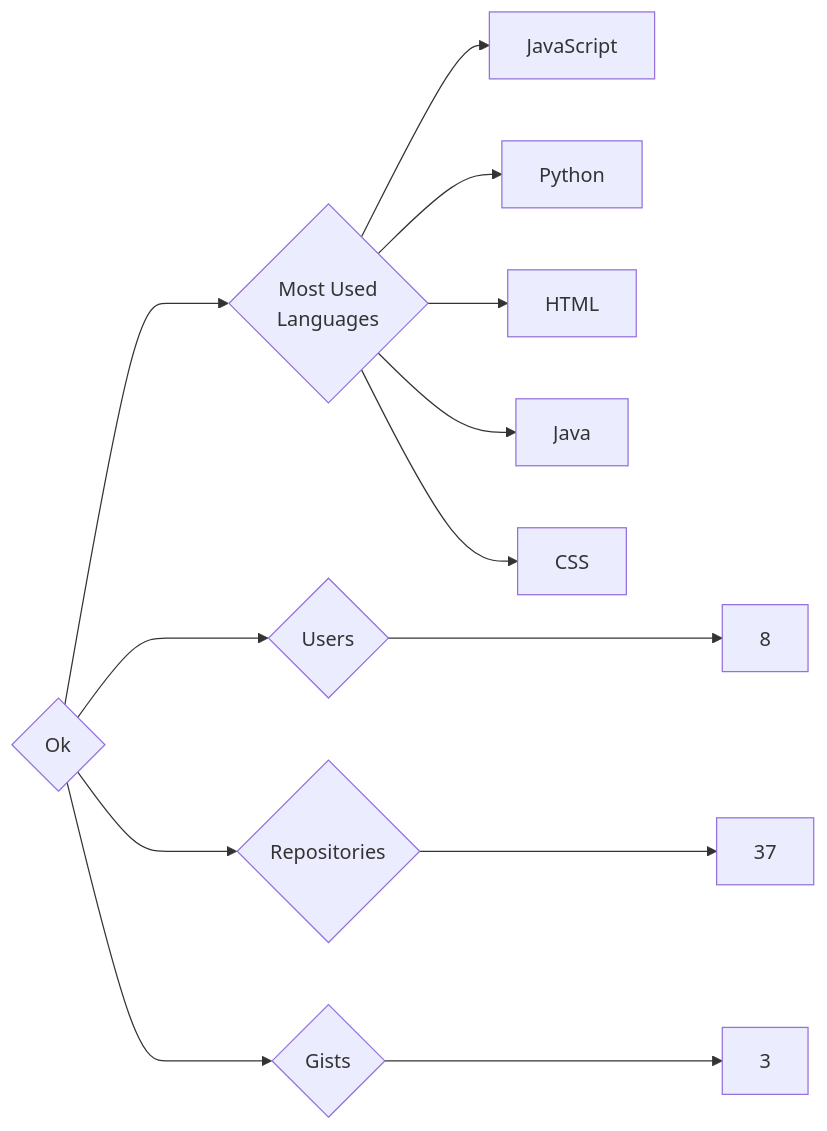
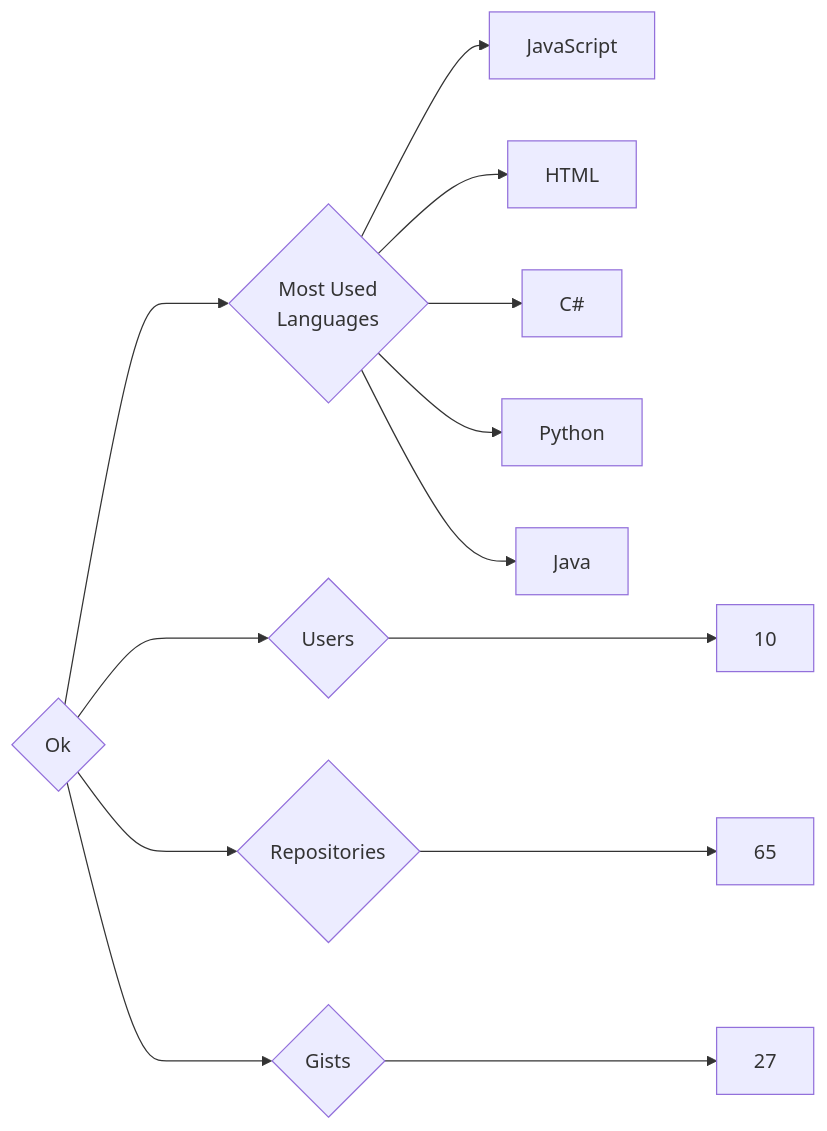
The diagram in targets/Ok/README.md (trickest/insiders), drawn with Mermaid before and after one commit. The commit also changed 597 other files, not shown here.

````diff
--- a/targets/Ok/README.md
+++ b/targets/Ok/README.md
@@ -3,13 +3,13 @@
 ```mermaid
 graph LR
 COMPANY_NAME{Ok}
-COMPANY_NAME ---> U{Users} ---> UN[8]
-COMPANY_NAME ---> R{Repositories} ---> RN[37]
-COMPANY_NAME ---> G{Gists} ---> GN[3]
+COMPANY_NAME ---> U{Users} ---> UN[10]
+COMPANY_NAME ---> R{Repositories} ---> RN[65]
+COMPANY_NAME ---> G{Gists} ---> GN[27]
 COMPANY_NAME ---> ML{Most Used<br>Languages}
 ML --> JavaScript[JavaScript]
+ML --> HTML[HTML]
+ML --> C#[C#]
 ML --> Python[Python]
-ML --> HTML[HTML]
 ML --> Java[Java]
-ML --> CSS[CSS]
 ```
````
